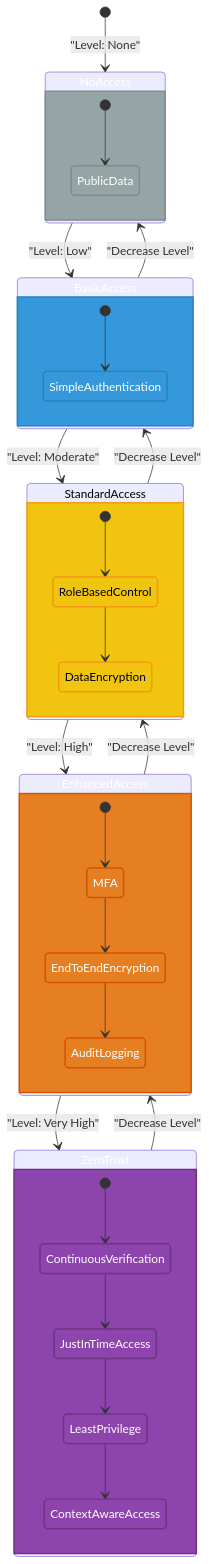
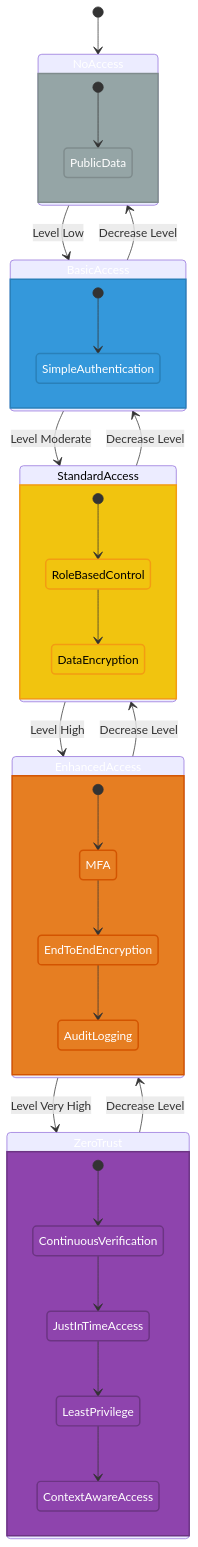
The fifth of 7 diagrams in docs/architecture/STATEDIAGRAM.md (Hack23/cia-compliance-manager), drawn with Mermaid before and after one commit. The commit also changed other lines of this file, not shown here.

Commit message:
fix(docs): enhance clarity in STATEDIAGRAM.md by removing unnecessary line breaks and improving state descriptions

````diff
--- a/docs/architecture/STATEDIAGRAM.md
+++ b/docs/architecture/STATEDIAGRAM.md
@@ -202,52 +202,52 @@
 ```mermaid
 stateDiagram-v2
-    [*] --> NoAccess: "Level: None"
+    [*] --> NoAccess
     
-    NoAccess --> BasicAccess: "Level: Low"
-    BasicAccess --> StandardAccess: "Level: Moderate"
-    StandardAccess --> EnhancedAccess: "Level: High"
-    EnhancedAccess --> ZeroTrust: "Level: Very High"
+    NoAccess --> BasicAccess: Level Low
+    BasicAccess --> StandardAccess: Level Moderate
+    StandardAccess --> EnhancedAccess: Level High
+    EnhancedAccess --> ZeroTrust: Level Very High
     
-    ZeroTrust --> EnhancedAccess: "Decrease Level"
-    EnhancedAccess --> StandardAccess: "Decrease Level"
-    StandardAccess --> BasicAccess: "Decrease Level"
-    BasicAccess --> NoAccess: "Decrease Level"
+    ZeroTrust --> EnhancedAccess: Decrease Level
+    EnhancedAccess --> StandardAccess: Decrease Level
+    StandardAccess --> BasicAccess: Decrease Level
+    BasicAccess --> NoAccess: Decrease Level
     
     state NoAccess {
         [*] --> PublicData
     }
     
     state BasicAccess {
         [*] --> SimpleAuthentication
     }
     
     state StandardAccess {
         [*] --> RoleBasedControl
         RoleBasedControl --> DataEncryption
     }
     
     state EnhancedAccess {
         [*] --> MFA
         MFA --> EndToEndEncryption
         EndToEndEncryption --> AuditLogging
     }
     
     state ZeroTrust {
         [*] --> ContinuousVerification
         ContinuousVerification --> JustInTimeAccess
         JustInTimeAccess --> LeastPrivilege
         LeastPrivilege --> ContextAwareAccess
     }
     
     classDef none fill:#95a5a6,stroke:#7f8c8d,stroke-width:2px,color:white
     classDef low fill:#3498db,stroke:#2980b9,stroke-width:2px,color:white
     classDef moderate fill:#f1c40f,stroke:#f39c12,stroke-width:2px,color:black
     classDef high fill:#e67e22,stroke:#d35400,stroke-width:2px,color:white
     classDef veryhigh fill:#8e44ad,stroke:#6c3483,stroke-width:2px,color:white
     
     class NoAccess,PublicData none
     class BasicAccess,SimpleAuthentication low
     class StandardAccess,RoleBasedControl,DataEncryption moderate
     class EnhancedAccess,MFA,EndToEndEncryption,AuditLogging high
     class ZeroTrust,ContinuousVerification,JustInTimeAccess,LeastPrivilege,ContextAwareAccess veryhigh
 ```
````
